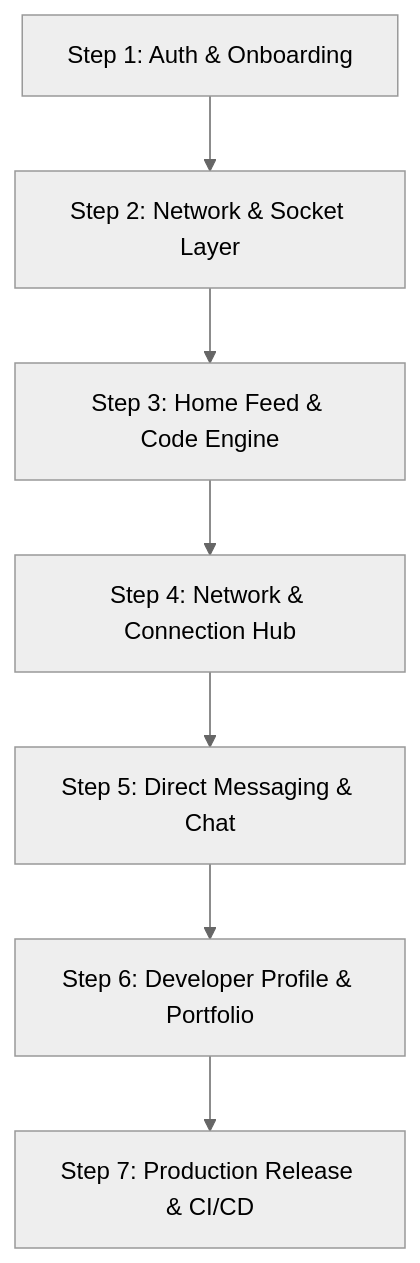
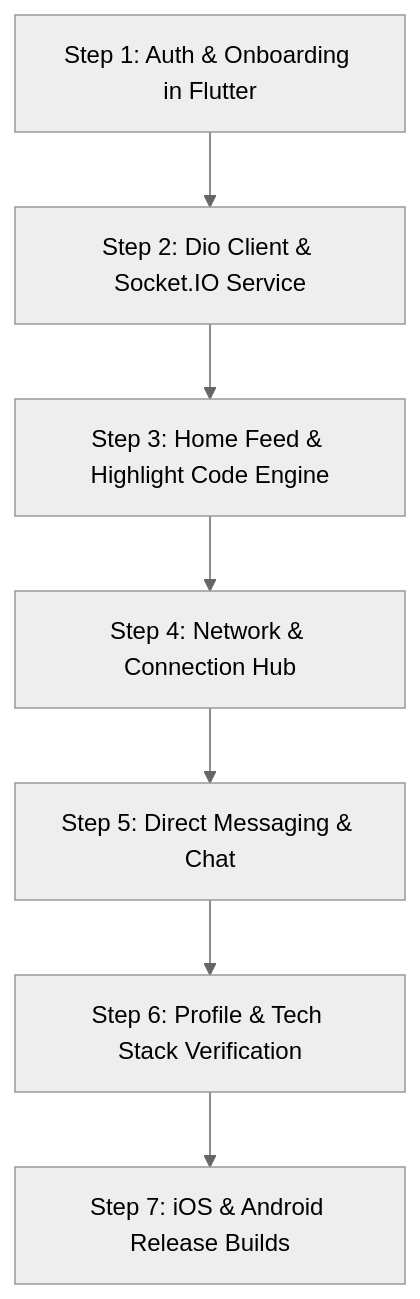
The diagram in MOBILE_APP_ARCHITECTURE_AND_SYNC_ROADMAP.md (subhan716/devhub), drawn with Mermaid (neutral theme) before and after one commit. The commit also changed other lines of this file, not shown here.

Commit message:
docs: adapt mobile architecture roadmap for enterprise Flutter & Dart implementation

````diff
--- a/MOBILE_APP_ARCHITECTURE_AND_SYNC_ROADMAP.md
+++ b/MOBILE_APP_ARCHITECTURE_AND_SYNC_ROADMAP.md
@@ -146,9 +160,9 @@
 ```mermaid
 graph TD
-    A[Step 1: Auth & Onboarding] --> B[Step 2: Network & Socket Layer]
-    B --> C[Step 3: Home Feed & Code Engine]
+    A[Step 1: Auth & Onboarding in Flutter] --> B[Step 2: Dio Client & Socket.IO Service]
+    B --> C[Step 3: Home Feed & Highlight Code Engine]
     C --> D[Step 4: Network & Connection Hub]
     D --> E[Step 5: Direct Messaging & Chat]
-    E --> F[Step 6: Developer Profile & Portfolio]
-    F --> G[Step 7: Production Release & CI/CD]
+    E --> F[Step 6: Profile & Tech Stack Verification]
+    F --> G[Step 7: iOS & Android Release Builds]
 ```
````
